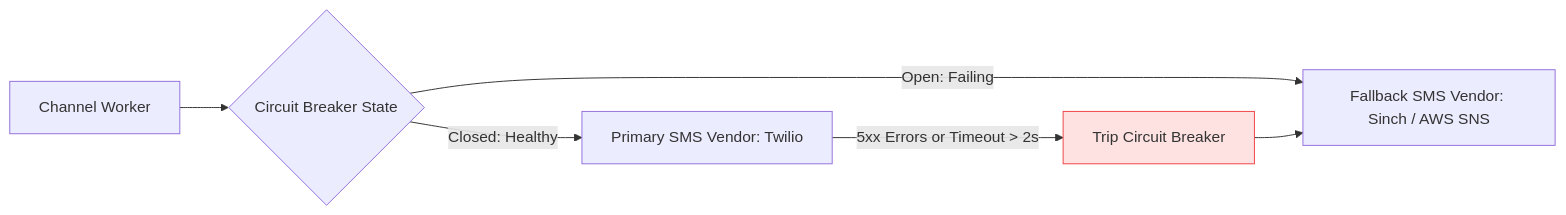
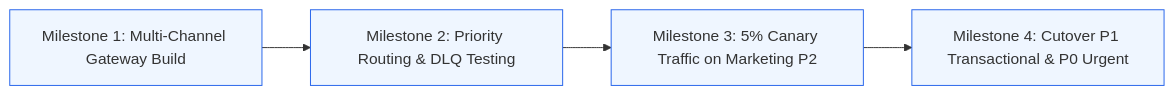
One commit to kvai9826/system-design-for-program-managers changed the fourth of 4 diagrams in 05-real-world-case-studies/02-notification-engine.md. Above: the diagram before and after it, drawn with Mermaid. The commit also changed other lines of this file and 30 other files, not shown here.

````diff
--- a/05-real-world-case-studies/02-notification-engine.md
+++ b/05-real-world-case-studies/02-notification-engine.md
@@ -106,15 +258,9 @@
 ```mermaid
 flowchart LR
-    Worker[Channel Worker] --> CB{Circuit Breaker State}
-    
-    CB -->|Closed: Healthy| PrimaryVendor[Primary SMS Vendor: Twilio]
-    CB -->|Open: Failing| SecondaryVendor[Fallback SMS Vendor: Sinch / AWS SNS]
-    
-    PrimaryVendor -->|5xx Errors or Timeout > 2s| Trip[Trip Circuit Breaker]
-    Trip --> SecondaryVendor
+    M1[Milestone 1: Multi-Channel Gateway Build] --> M2[Milestone 2: Priority Routing & DLQ Testing]
+    M2 --> M3[Milestone 3: 5% Canary Traffic on Marketing P2]
+    M3 --> M4[Milestone 4: Cutover P1 Transactional & P0 Urgent]
 
-    classDef fStyle fill:#fee2e2,stroke:#ef4444,stroke-width:1px;
-    class DefOK fill:#ecfdf5,stroke:#047857,stroke-width:1px;
-    class Trip fStyle;
-    class PrimaryVendor,SecondaryVendor DefOK;
+    classDef mStyle fill:#eff6ff,stroke:#2563eb,stroke-width:1px;
+    class M1,M2,M3,M4 mStyle;
 ```
````
